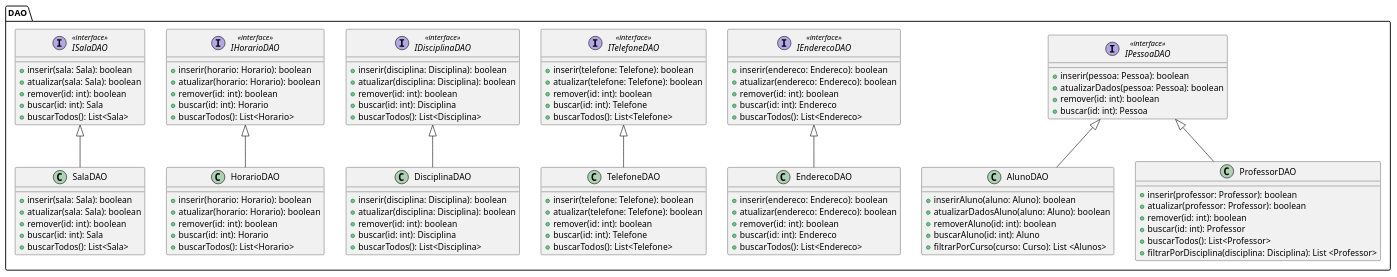
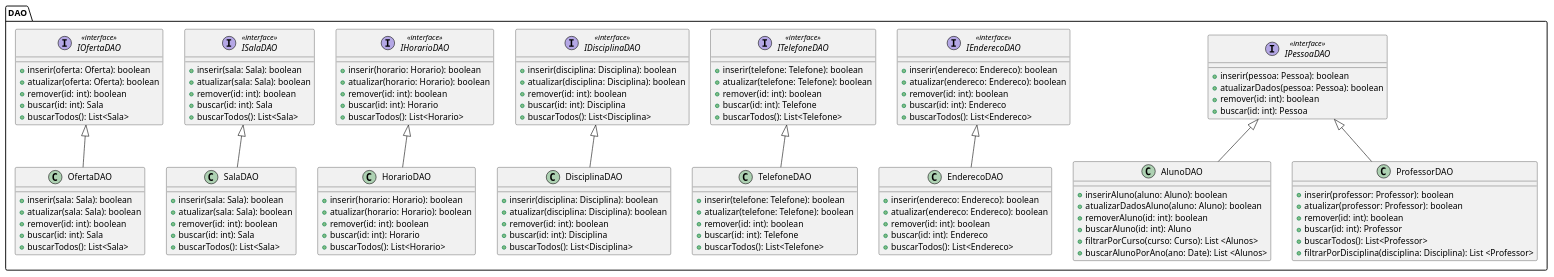
The diagram in assets/diagrama-de-classe-dao.puml (lknupp/sistema-de-gestao-academico), drawn with PlantUML before and after one commit. The commit also changed 3 other files, not shown here.

Commit message:
feat: improved diagrams

```diff
--- a/assets/diagrama-de-classe-dao.puml
+++ b/assets/diagrama-de-classe-dao.puml
@@ -1,111 +1,128 @@
 @startuml trabalho_engenharia_dao
 
 package "DAO" {
         interface IPessoaDAO << interface >>{
             + inserir(pessoa: Pessoa): boolean
             + atualizarDados(pessoa: Pessoa): boolean
             + remover(id: int): boolean
             + buscar(id: int): Pessoa
         }
 
         IPessoaDAO <|-- AlunoDAO
         class AlunoDAO {
             + inserirAluno(aluno: Aluno): boolean
             + atualizarDadosAluno(aluno: Aluno): boolean
             + removerAluno(id: int): boolean
             + buscarAluno(id: int): Aluno
             + filtrarPorCurso(curso: Curso): List <Alunos>
+            + buscarAlunoPorAno(ano: Date): List <Alunos>
         }
     
         IPessoaDAO <|-- ProfessorDAO
         class ProfessorDAO {
             + inserir(professor: Professor): boolean
             + atualizar(professor: Professor): boolean
             + remover(id: int): boolean
             + buscar(id: int): Professor
             + buscarTodos(): List<Professor>
             + filtrarPorDisciplina(disciplina: Disciplina): List <Professor>
         }
 
         IEnderecoDAO <|-- EnderecoDAO
         interface IEnderecoDAO <<interface>>{
             + inserir(endereco: Endereco): boolean
             + atualizar(endereco: Endereco): boolean
             + remover(id: int): boolean
             + buscar(id: int): Endereco
             + buscarTodos(): List<Endereco>
         }
         class EnderecoDAO {
             + inserir(endereco: Endereco): boolean
             + atualizar(endereco: Endereco): boolean
             + remover(id: int): boolean
             + buscar(id: int): Endereco
             + buscarTodos(): List<Endereco>
         }
 
         ITelefoneDAO <|-- TelefoneDAO
         interface ITelefoneDAO <<interface>> {
             + inserir(telefone: Telefone): boolean
             + atualizar(telefone: Telefone): boolean
             + remover(id: int): boolean
             + buscar(id: int): Telefone
             + buscarTodos(): List<Telefone>
         }
         class TelefoneDAO {
             + inserir(telefone: Telefone): boolean
             + atualizar(telefone: Telefone): boolean
             + remover(id: int): boolean
             + buscar(id: int): Telefone
             + buscarTodos(): List<Telefone>
         }
 
         IDisciplinaDAO <|-- DisciplinaDAO
         interface IDisciplinaDAO <<interface>> {
             + inserir(disciplina: Disciplina): boolean
             + atualizar(disciplina: Disciplina): boolean
             + remover(id: int): boolean
             + buscar(id: int): Disciplina
             + buscarTodos(): List<Disciplina>
         }
         class DisciplinaDAO {
             + inserir(disciplina: Disciplina): boolean
             + atualizar(disciplina: Disciplina): boolean
             + remover(id: int): boolean
             + buscar(id: int): Disciplina
             + buscarTodos(): List<Disciplina>
         }
 
         IHorarioDAO <|-- HorarioDAO
         interface IHorarioDAO <<interface>>{
             + inserir(horario: Horario): boolean
             + atualizar(horario: Horario): boolean
             + remover(id: int): boolean
             + buscar(id: int): Horario
             + buscarTodos(): List<Horario>
         }
         class HorarioDAO {
             + inserir(horario: Horario): boolean
             + atualizar(horario: Horario): boolean
             + remover(id: int): boolean
             + buscar(id: int): Horario
             + buscarTodos(): List<Horario>
         }
 
         ISalaDAO <|-- SalaDAO
         interface ISalaDAO <<interface>> {
             + inserir(sala: Sala): boolean
             + atualizar(sala: Sala): boolean
             + remover(id: int): boolean
             + buscar(id: int): Sala
             + buscarTodos(): List<Sala>
         }
         class SalaDAO {
             + inserir(sala: Sala): boolean
             + atualizar(sala: Sala): boolean
             + remover(id: int): boolean
             + buscar(id: int): Sala
             + buscarTodos(): List<Sala>
         }
+
+        IOfertaDAO <|-- OfertaDAO
+        interface IOfertaDAO <<interface>> {
+            + inserir(oferta: Oferta): boolean
+            + atualizar(oferta: Oferta): boolean
+            + remover(id: int): boolean
+            + buscar(id: int): Sala
+            + buscarTodos(): List<Sala>
+        }
+        class OfertaDAO {
+            + inserir(sala: Sala): boolean
+            + atualizar(sala: Sala): boolean
+            + remover(id: int): boolean
+            + buscar(id: int): Sala
+            + buscarTodos(): List<Sala>
+        }
 }
 
 @enduml
```
